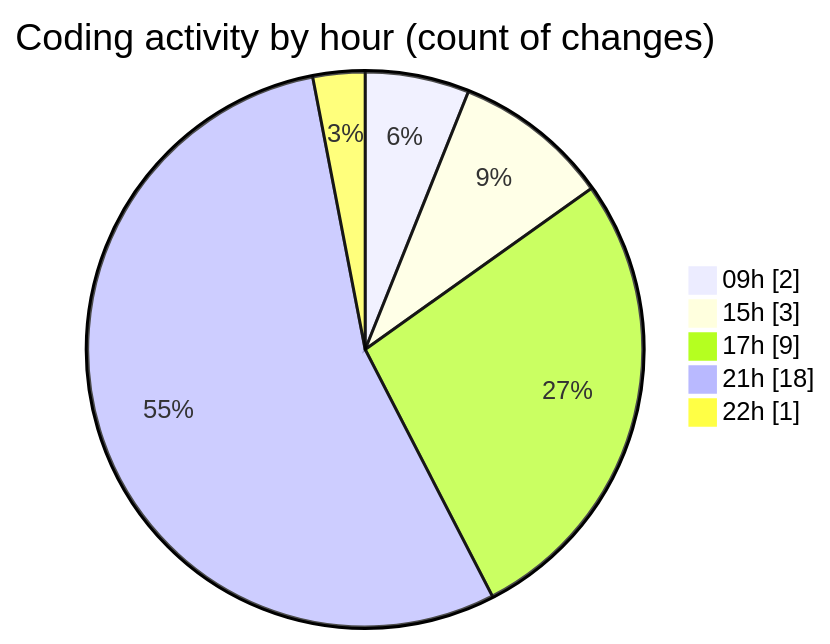
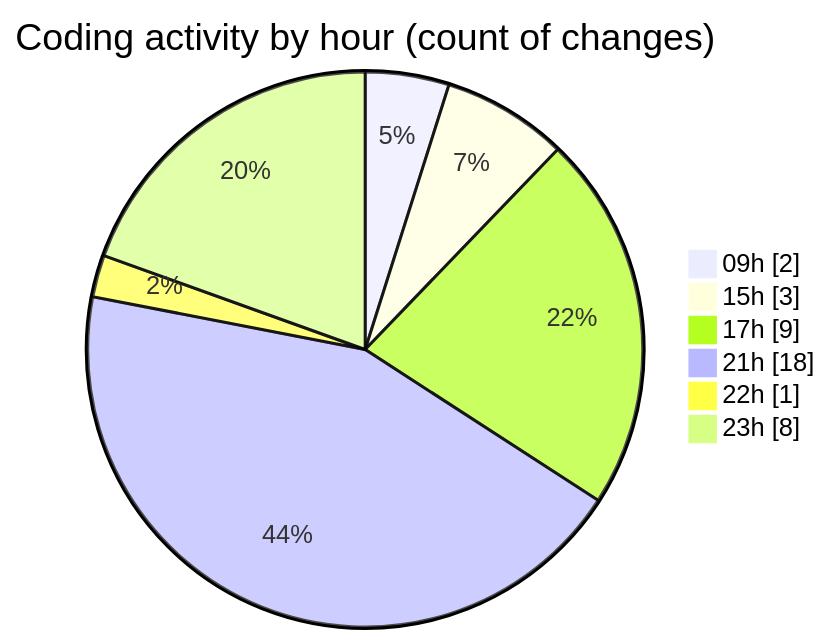
One commit to julien-gomy/code-tracking changed the second of 2 diagrams in 2025-10-20/eventscop-frontend-guide__workspace_/README.md. Above: the diagram before and after it, drawn with Mermaid. The commit also changed other lines of this file and 1 other file, not shown here.

````diff
--- a/2025-10-20/eventscop-frontend-guide__workspace_/README.md
+++ b/2025-10-20/eventscop-frontend-guide__workspace_/README.md
@@ -41,9 +44,10 @@
 ```mermaid
 pie showData
 title Coding activity by hour (count of changes)
 "09h" : 2
 "15h" : 3
 "17h" : 9
 "21h" : 18
 "22h" : 1
+"23h" : 8
 ```
````
